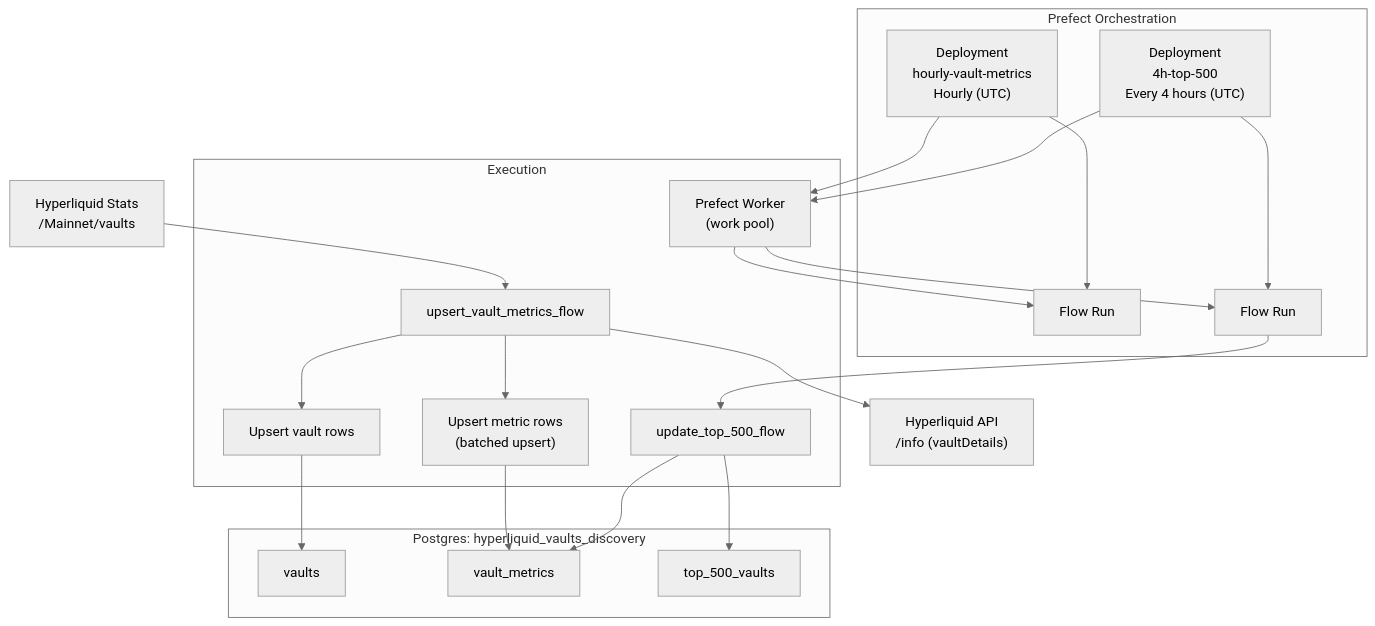
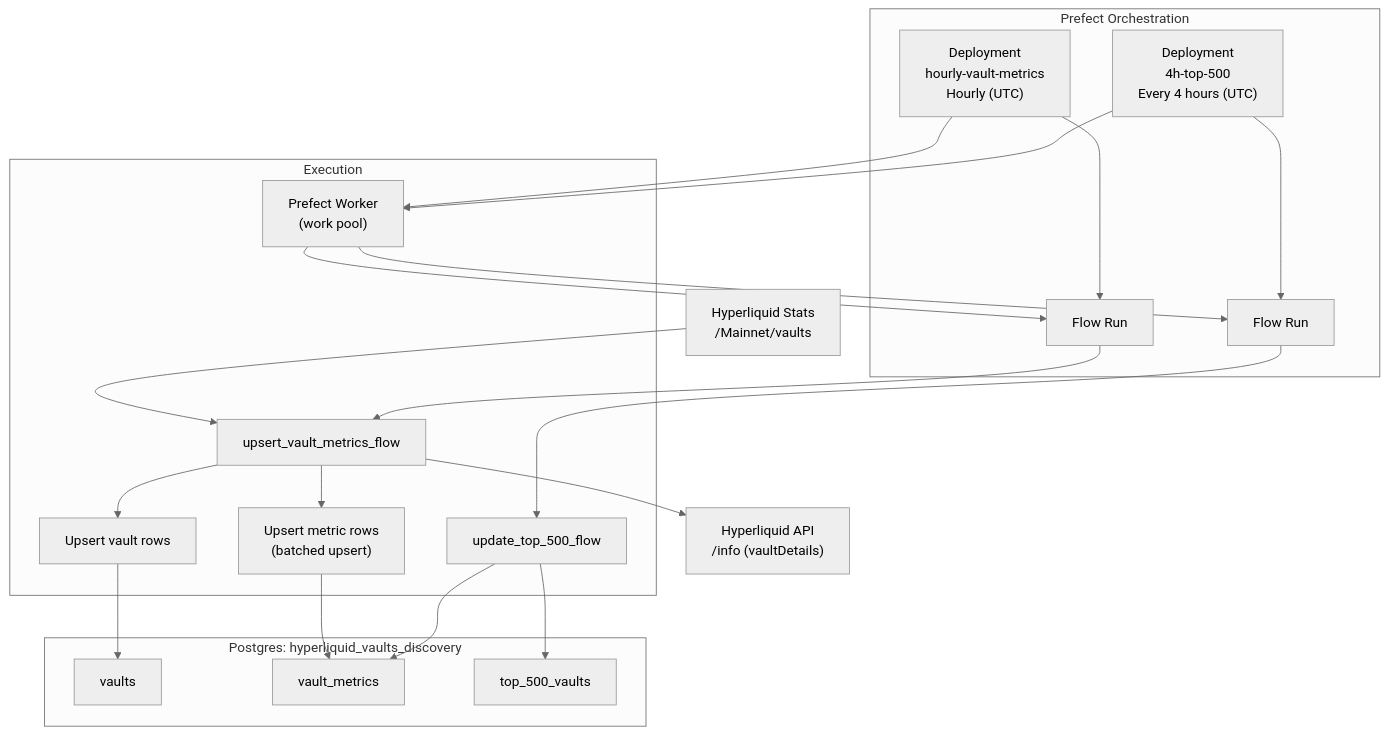
Before and after one commit to awesomegusS/tm-vov-dashboard: the diagram in docs/dataingestion/overview.md, drawn with Mermaid (neutral theme).

Commit message:
[U]: Updated mermaid diag to show flow run 1 triggers the upsert vault metrics flow

````diff
--- a/docs/dataingestion/overview.md
+++ b/docs/dataingestion/overview.md
@@ -25,38 +25,39 @@
 ```mermaid
 flowchart TD
   %% External sources
   STATS["Hyperliquid Stats<br/>/Mainnet/vaults"] --> FLOW1
   FLOW1 --> INFO["Hyperliquid API<br/>/info (vaultDetails)"]
 
   %% Prefect control plane
   subgraph PREFECT[Prefect Orchestration]
     DEP1["Deployment<br/>hourly-vault-metrics<br/>Hourly (UTC)"] --> RUN1[Flow Run]
     DEP2["Deployment<br/>4h-top-500<br/>Every 4 hours (UTC)"] --> RUN2[Flow Run]
   end
 
   %% Execution
   subgraph WORKER[Execution]
     WORK["Prefect Worker<br/>(work pool)"] --> RUN1
     WORK --> RUN2
+    RUN1 --> FLOW1
     FLOW1[upsert_vault_metrics_flow] --> VUP[Upsert vault rows]
     FLOW1 --> MUP["Upsert metric rows<br/>(batched upsert)"]
     RUN2 --> TOP[update_top_500_flow]
   end
 
   %% Storage
   subgraph DB["Postgres: hyperliquid_vaults_discovery"]
     VAULTS["vaults"]
     METRICS["vault_metrics"]
     TOP500["top_500_vaults"]
   end
 
   %% Writes
   VUP --> VAULTS
   MUP --> METRICS
   TOP --> METRICS
   TOP --> TOP500
 
   %% Orchestration wiring
   DEP1 --> WORK
   DEP2 --> WORK
 ```
````
